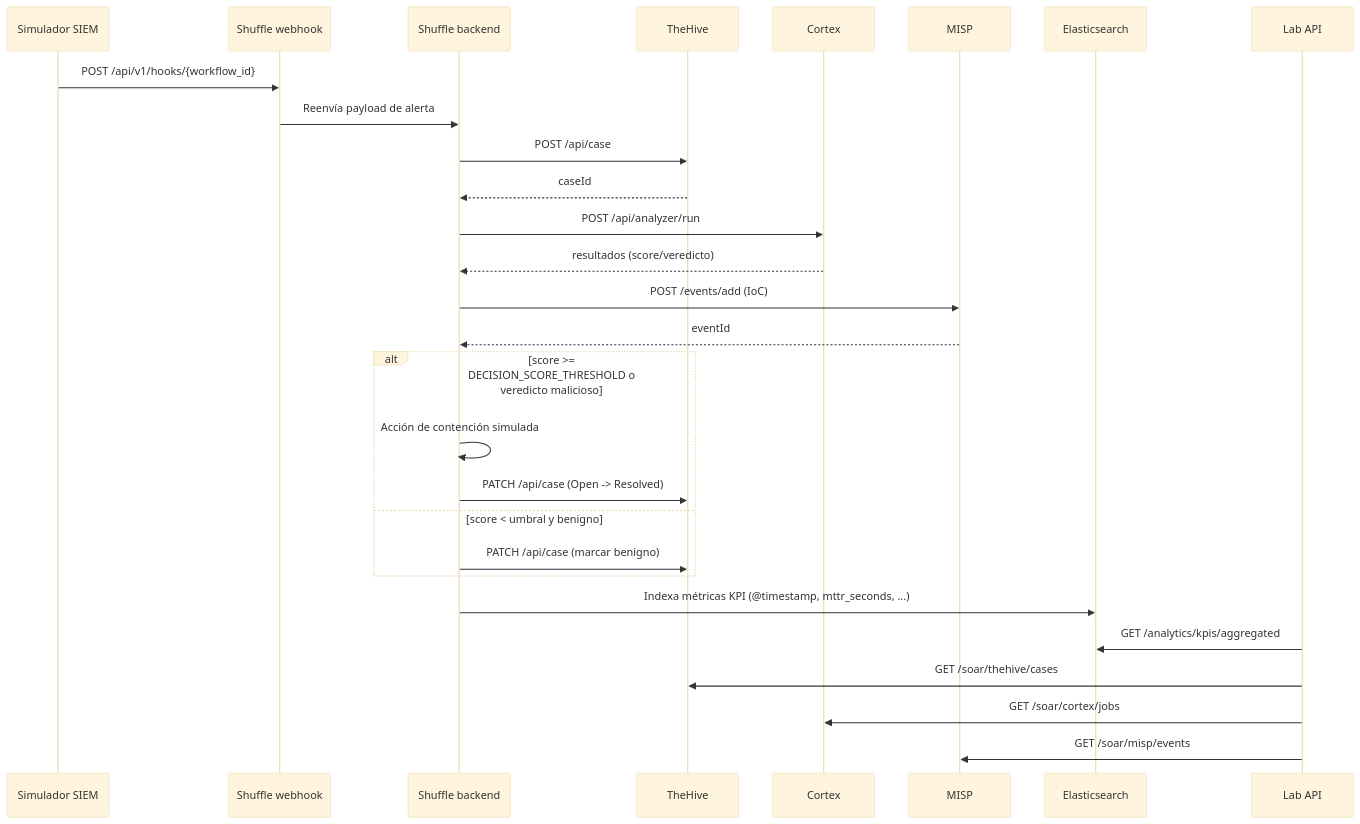
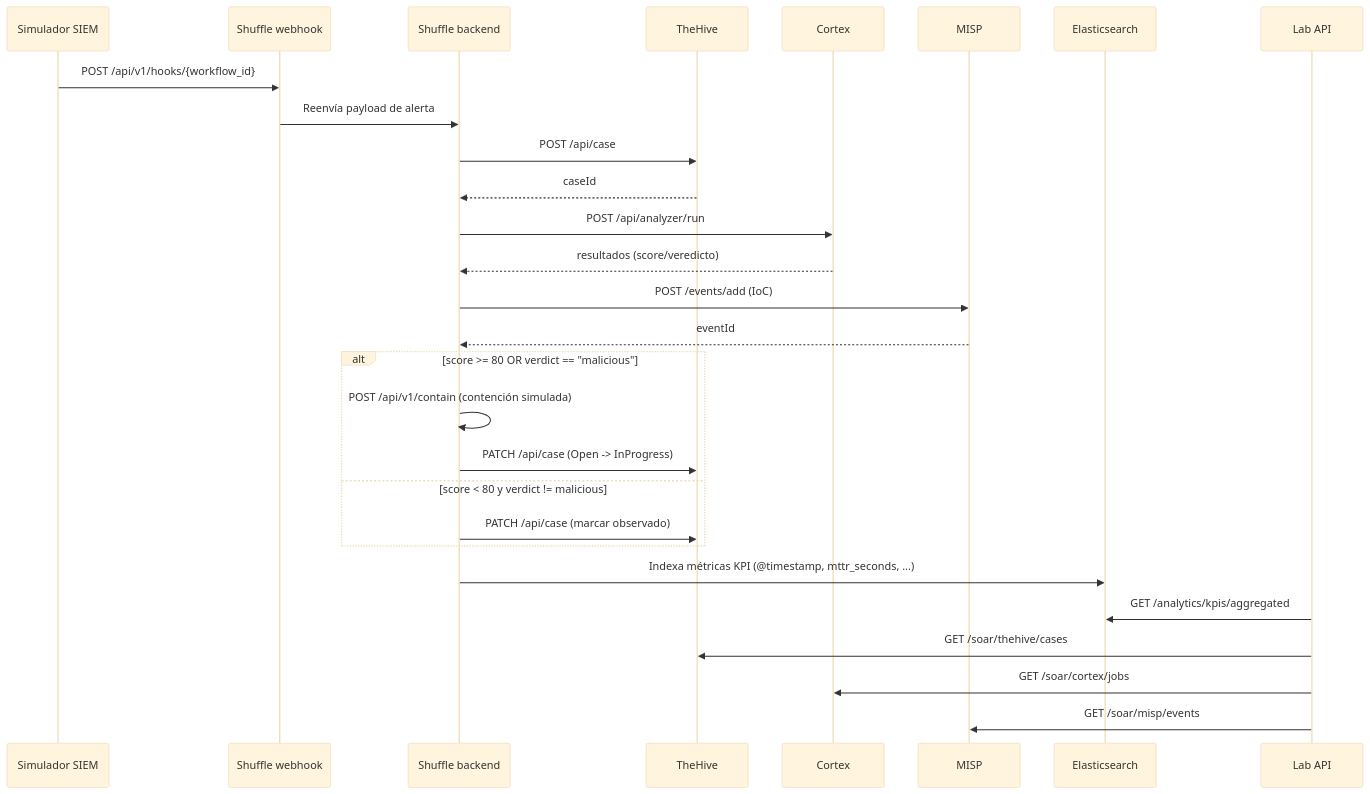
Before and after one commit to alesanfe/soar-ransomware-lab: the fifth of 13 diagrams in docs/thesis/appendix_h.md, drawn with Mermaid (base theme). The commit also changed other lines of this file, not shown here.

````diff
--- a/docs/thesis/appendix_h.md
+++ b/docs/thesis/appendix_h.md
@@ -182,31 +196,31 @@
 ```mermaid
 sequenceDiagram
  participant Sim as Simulador SIEM
  participant Shuffle as Shuffle webhook
  participant Backend as Shuffle backend
  participant TheHive as TheHive
  participant Cortex as Cortex
  participant MISP as MISP
  participant ES as Elasticsearch
  participant API as Lab API
 
  Sim->>Shuffle: POST /api/v1/hooks/{workflow_id}
  Shuffle->>Backend: Reenvía payload de alerta
  Backend->>TheHive: POST /api/case
  TheHive-->>Backend: caseId
  Backend->>Cortex: POST /api/analyzer/run
  Cortex-->>Backend: resultados (score/veredicto)
  Backend->>MISP: POST /events/add (IoC)
  MISP-->>Backend: eventId
- alt score >= DECISION_SCORE_THRESHOLD o veredicto malicioso
- Backend->>Backend: Acción de contención simulada
- Backend->>TheHive: PATCH /api/case (Open -> Resolved)
- else score < umbral y benigno
- Backend->>TheHive: PATCH /api/case (marcar benigno)
+ alt score >= 80 OR verdict == "malicious"
+ Backend->>Backend: POST /api/v1/contain (contención simulada)
+ Backend->>TheHive: PATCH /api/case (Open -> InProgress)
+ else score < 80 y verdict != malicious
+ Backend->>TheHive: PATCH /api/case (marcar observado)
  end
  Backend->>ES: Indexa métricas KPI (@timestamp, mttr_seconds, ...)
  API->>ES: GET /analytics/kpis/aggregated
  API->>TheHive: GET /soar/thehive/cases
  API->>Cortex: GET /soar/cortex/jobs
  API->>MISP: GET /soar/misp/events
 ```
````
